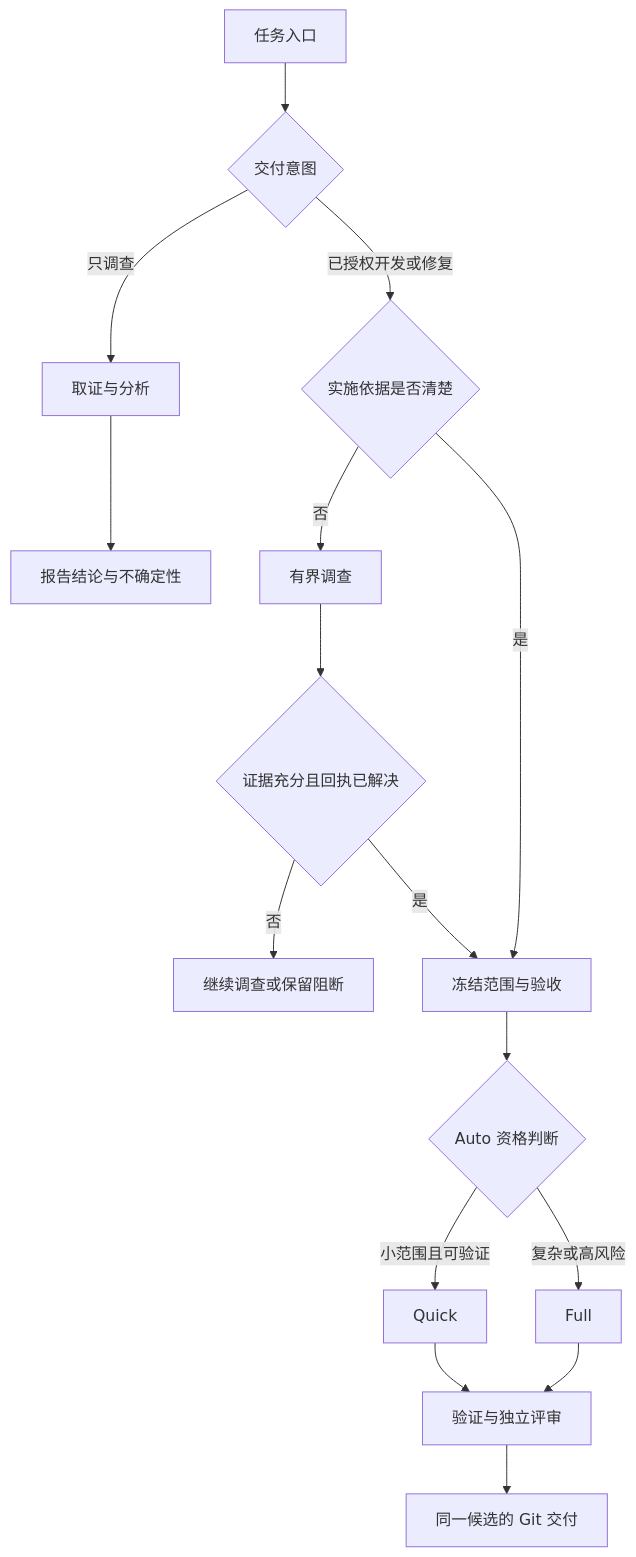
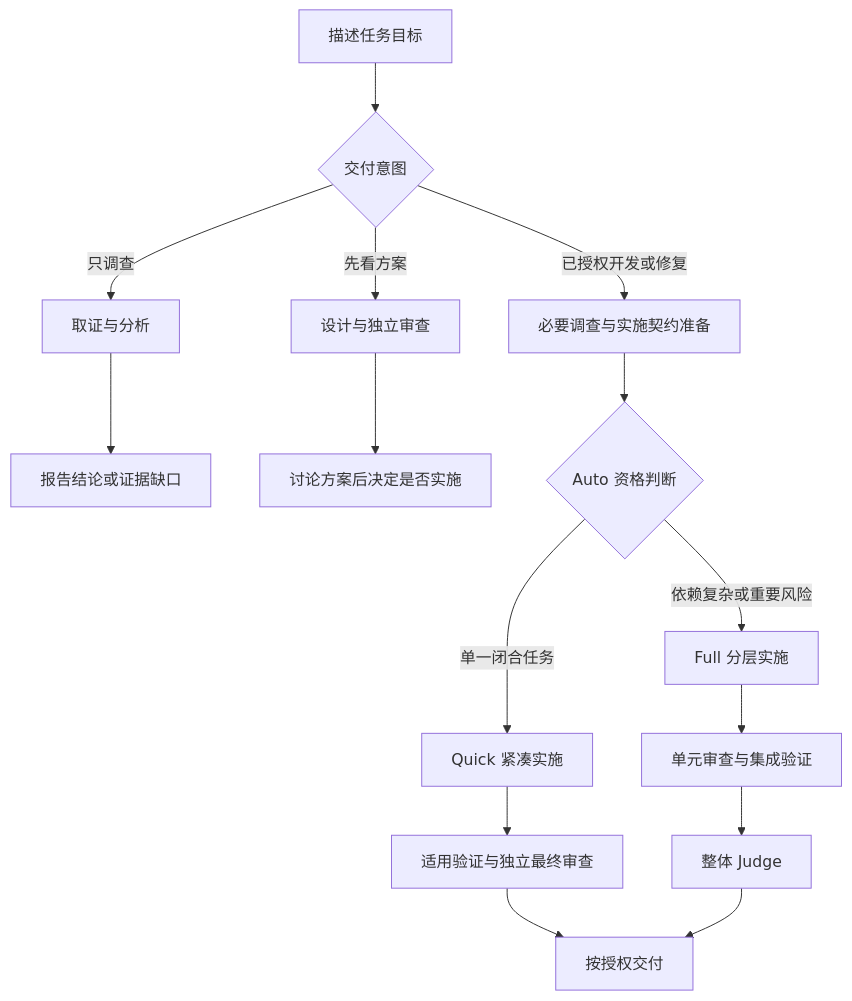
Before and after one commit to ckanner/flywheel: the diagram in docs/plans/2026-11-19-subscription-cli-workflows.md, drawn with Mermaid. The commit also changed other lines of this file and 4 other files, not shown here.

````diff
--- a/docs/plans/2026-11-19-subscription-cli-workflows.md
+++ b/docs/plans/2026-11-19-subscription-cli-workflows.md
@@ -367,18 +422,17 @@
 ```mermaid
 flowchart TD
-    A[任务入口] --> B{交付意图}
+    A[描述任务目标] --> B{交付意图}
     B -->|只调查| C[取证与分析]
-    C --> D[报告结论与不确定性]
-    B -->|已授权开发或修复| E{实施依据是否清楚}
-    E -->|否| F[有界调查]
-    F --> G{证据充分且回执已解决}
-    G -->|否| H[继续调查或保留阻断]
-    G -->|是| I[冻结范围与验收]
-    E -->|是| I
-    I --> J{Auto 资格判断}
-    J -->|小范围且可验证| K[Quick]
-    J -->|复杂或高风险| L[Full]
-    K --> M[验证与独立评审]
-    L --> M
-    M --> N[同一候选的 Git 交付]
+    C --> D[报告结论或证据缺口]
+    B -->|先看方案| E[设计与独立审查]
+    E --> F[讨论方案后决定是否实施]
+    B -->|已授权开发或修复| G[必要调查与实施契约准备]
+    G --> H{Auto 资格判断}
+    H -->|单一闭合任务| I[Quick 紧凑实施]
+    H -->|依赖复杂或重要风险| J[Full 分层实施]
+    I --> K[适用验证与独立最终审查]
+    J --> L[单元审查与集成验证]
+    L --> M[整体 Judge]
+    K --> N[按授权交付]
+    M --> N
 ```
````
